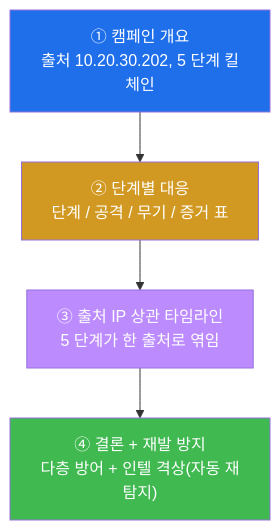
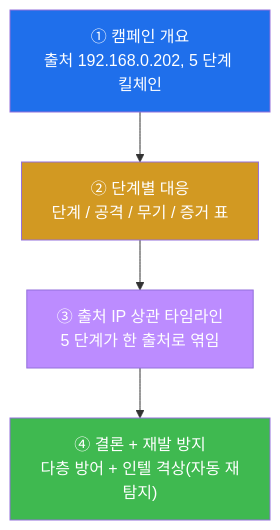
One commit to mrgrit/tw2 changed the eighth of 11 diagrams in contents/training/secuops/lecture_week15.md. Above: the diagram before and after it, drawn with Mermaid. The commit also changed other lines of this file and 9 other files, not shown here.

````diff
--- a/contents/training/secuops/lecture_week15.md
+++ b/contents/training/secuops/lecture_week15.md
@@ -420,12 +420,12 @@
 ```mermaid
 graph TD
-    P1["① 캠페인 개요<br/>출처 10.20.30.202, 5 단계 킬체인"]
+    P1["① 캠페인 개요<br/>출처 192.168.0.202, 5 단계 킬체인"]
     P2["② 단계별 대응<br/>단계 / 공격 / 무기 / 증거 표"]
     P3["③ 출처 IP 상관 타임라인<br/>5 단계가 한 출처로 엮임"]
     P4["④ 결론 + 재발 방지<br/>다층 방어 + 인텔 격상(자동 재탐지)"]
     P1 --> P2 --> P3 --> P4
     style P1 fill:#1f6feb,color:#fff
     style P2 fill:#d29922,color:#fff
     style P3 fill:#bc8cff,color:#fff
     style P4 fill:#3fb950,color:#fff
 ```
````
